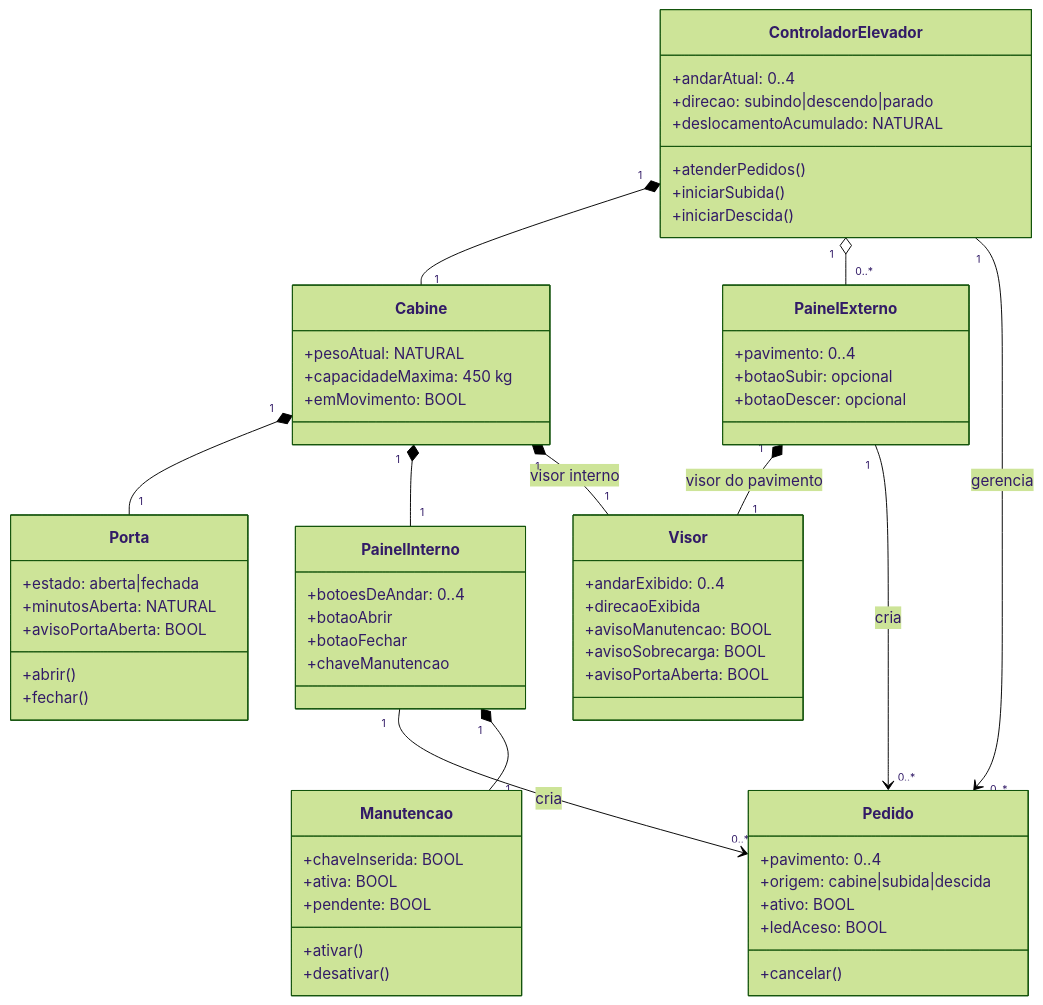
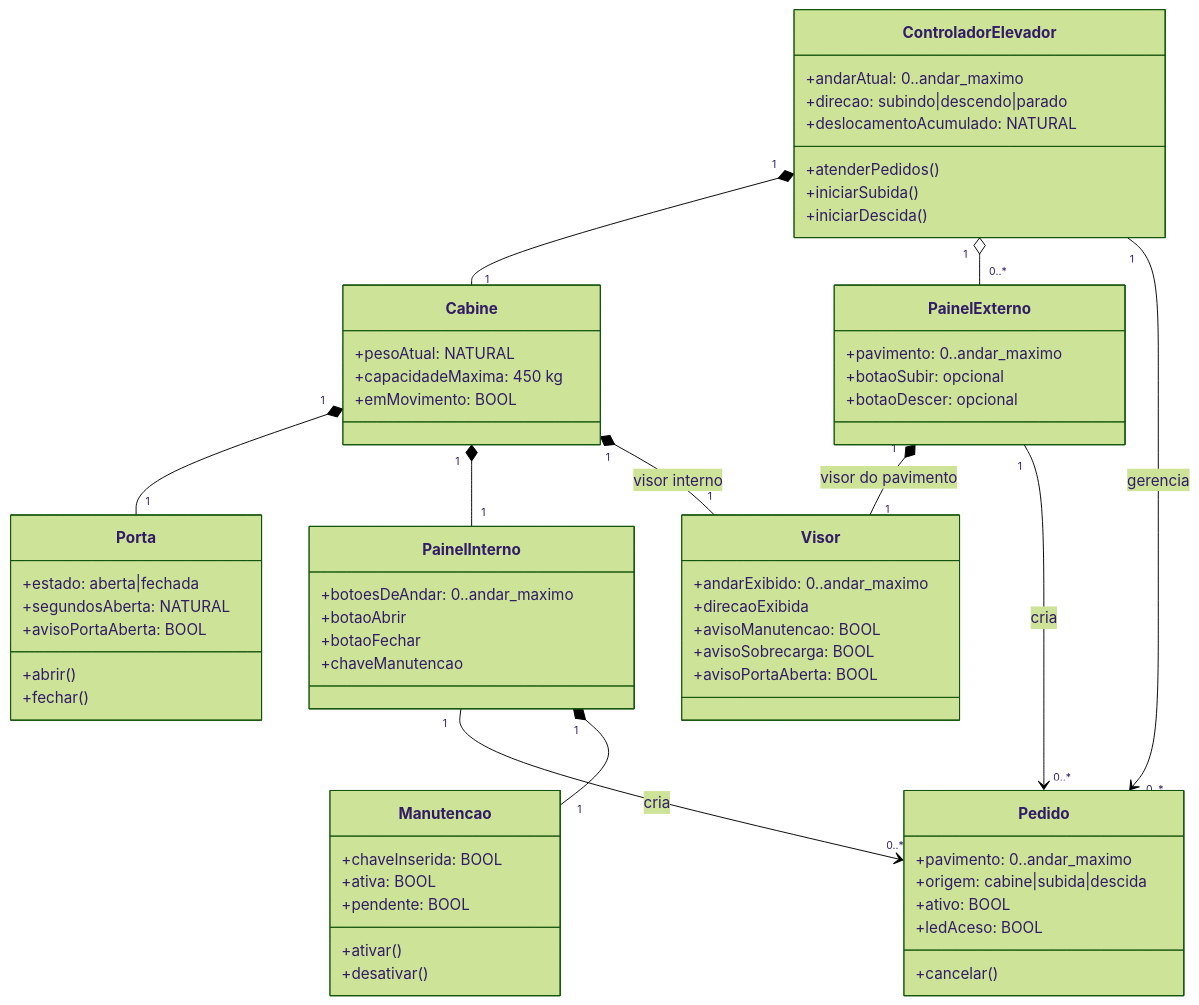
The diagram in docs/diagrama-entidades.md (bianca-bpas/projeto-metodos-formais), drawn with Mermaid (forest theme) before and after one commit. The commit also changed other lines of this file and 33 other files, not shown here.

````diff
--- a/docs/diagrama-entidades.md
+++ b/docs/diagrama-entidades.md
@@ -7,73 +7,73 @@
 ```mermaid
 classDiagram
     class ControladorElevador {
-        +andarAtual: 0..4
+        +andarAtual: 0..andar_maximo
         +direcao: subindo|descendo|parado
         +deslocamentoAcumulado: NATURAL
         +atenderPedidos()
         +iniciarSubida()
         +iniciarDescida()
     }
 
     class Cabine {
         +pesoAtual: NATURAL
         +capacidadeMaxima: 450 kg
         +emMovimento: BOOL
     }
 
     class Porta {
         +estado: aberta|fechada
-        +minutosAberta: NATURAL
+        +segundosAberta: NATURAL
         +avisoPortaAberta: BOOL
         +abrir()
         +fechar()
     }
 
     class PainelInterno {
-        +botoesDeAndar: 0..4
+        +botoesDeAndar: 0..andar_maximo
         +botaoAbrir
         +botaoFechar
         +chaveManutencao
     }
 
     class PainelExterno {
-        +pavimento: 0..4
+        +pavimento: 0..andar_maximo
         +botaoSubir: opcional
         +botaoDescer: opcional
     }
 
     class Pedido {
-        +pavimento: 0..4
+        +pavimento: 0..andar_maximo
         +origem: cabine|subida|descida
         +ativo: BOOL
         +ledAceso: BOOL
         +cancelar()
     }
 
     class Visor {
-        +andarExibido: 0..4
+        +andarExibido: 0..andar_maximo
         +direcaoExibida
         +avisoManutencao: BOOL
         +avisoSobrecarga: BOOL
         +avisoPortaAberta: BOOL
     }
 
     class Manutencao {
         +chaveInserida: BOOL
         +ativa: BOOL
         +pendente: BOOL
         +ativar()
         +desativar()
     }
 
     ControladorElevador "1" *-- "1" Cabine
     Cabine "1" *-- "1" Porta
     Cabine "1" *-- "1" PainelInterno
     Cabine "1" *-- "1" Visor : visor interno
     ControladorElevador "1" o-- "0..*" PainelExterno
     PainelExterno "1" *-- "1" Visor : visor do pavimento
     PainelInterno "1" --> "0..*" Pedido : cria
     PainelExterno "1" --> "0..*" Pedido : cria
     ControladorElevador "1" --> "0..*" Pedido : gerencia
     PainelInterno "1" *-- "1" Manutencao
 ```
````
